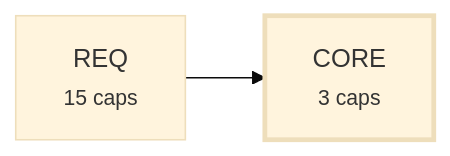
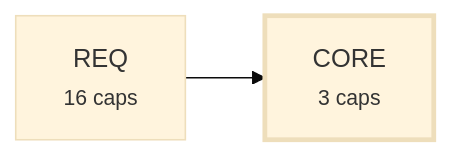
Before and after one commit to alxmax/Requirement-manager: the third of 4 diagrams in plugin/requirements/_map.md, drawn with Mermaid (base theme). The commit also changed other lines of this file and 17 other files, not shown here.

````diff
--- a/plugin/requirements/_map.md
+++ b/plugin/requirements/_map.md
@@ -149,7 +156,7 @@
 ```mermaid
 graph LR
   a_CORE["CORE<br><small>3 caps</small>"]
-  a_REQ["REQ<br><small>15 caps</small>"]
+  a_REQ["REQ<br><small>16 caps</small>"]
   a_REQ --> a_CORE
   style a_CORE stroke-width:3px
 ```
````
